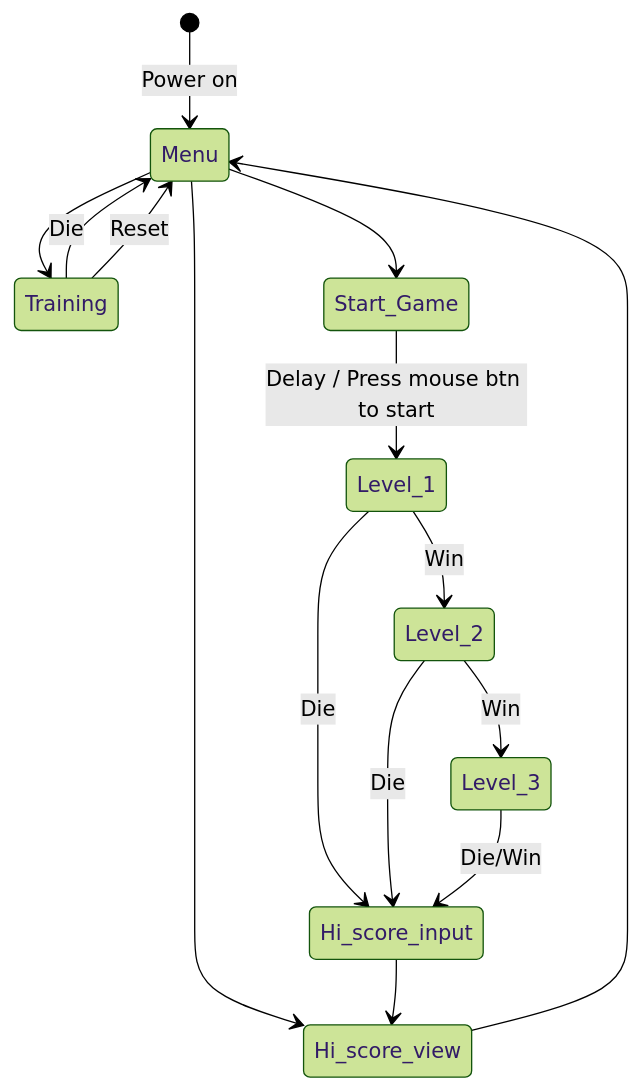
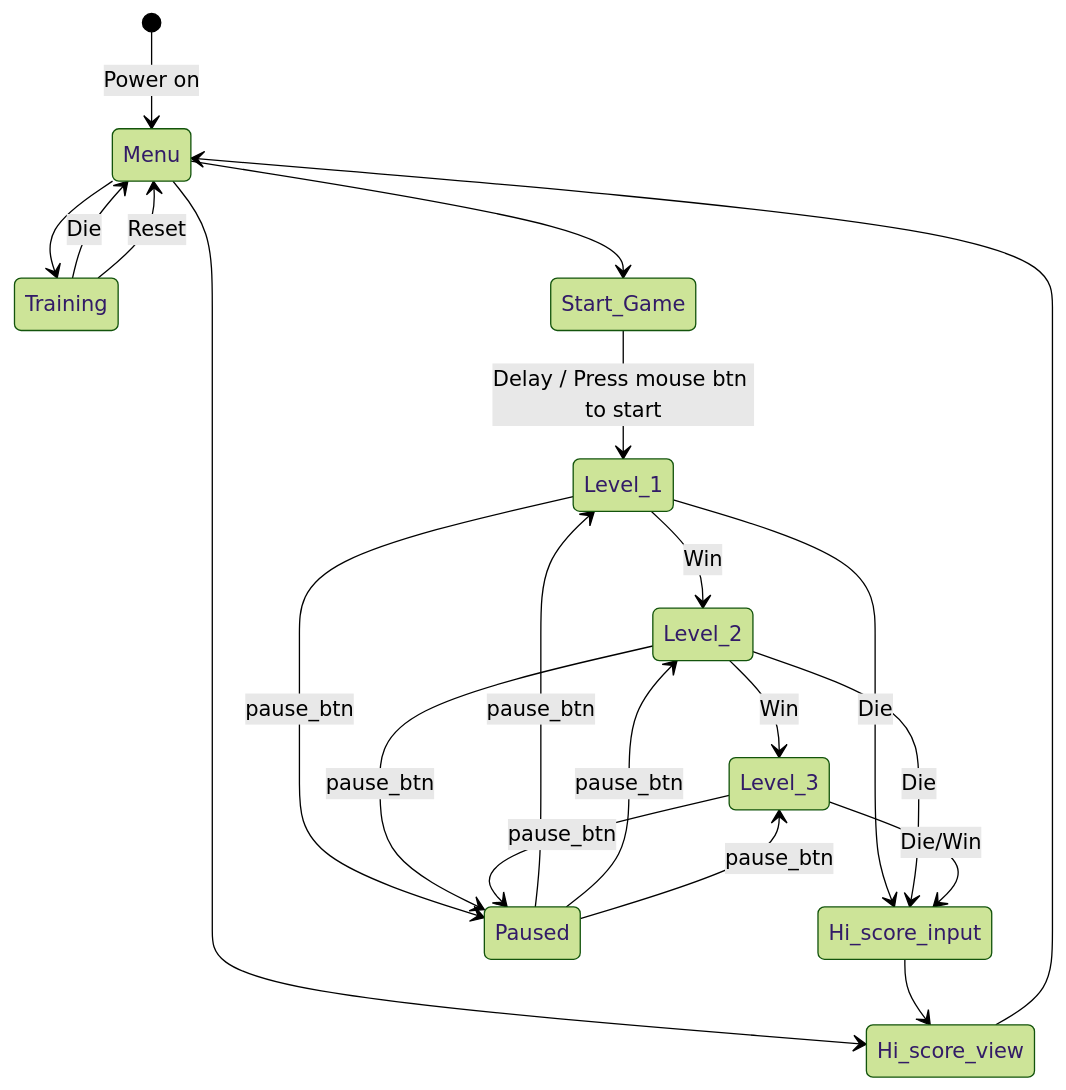
Before and after one commit to ShaunKyle/FPGA-Flappy-Bird: the diagram in docs/controller_state-machine.mmd, drawn with Mermaid (forest theme). The commit also changed 1 other file, not shown here.

```diff
--- a/docs/controller_state-machine.mmd
+++ b/docs/controller_state-machine.mmd
@@ -1,22 +1,28 @@
 stateDiagram
     [*] --> Menu : Power on
     Menu --> Training
     Menu --> Start_Game
     Menu --> Hi_score_view 
 
     Training --> Menu : Die
     Training --> Menu : Reset
 
 
     Start_Game --> Level_1 : Delay / Press mouse btn to start
     Level_1 --> Level_2 : Win
     Level_2 --> Level_3 : Win
     
 
     Level_1 --> Hi_score_input : Die
     Level_2 --> Hi_score_input : Die
     Level_3 --> Hi_score_input : Die/Win
 
+    Level_1 --> Paused : pause_btn
+    Paused --> Level_1  : pause_btn
+    Level_2 --> Paused : pause_btn
+    Paused --> Level_2  : pause_btn
+    Level_3 --> Paused : pause_btn
+    Paused --> Level_3  : pause_btn
     Hi_score_input --> Hi_score_view
 
     Hi_score_view --> Menu
```
